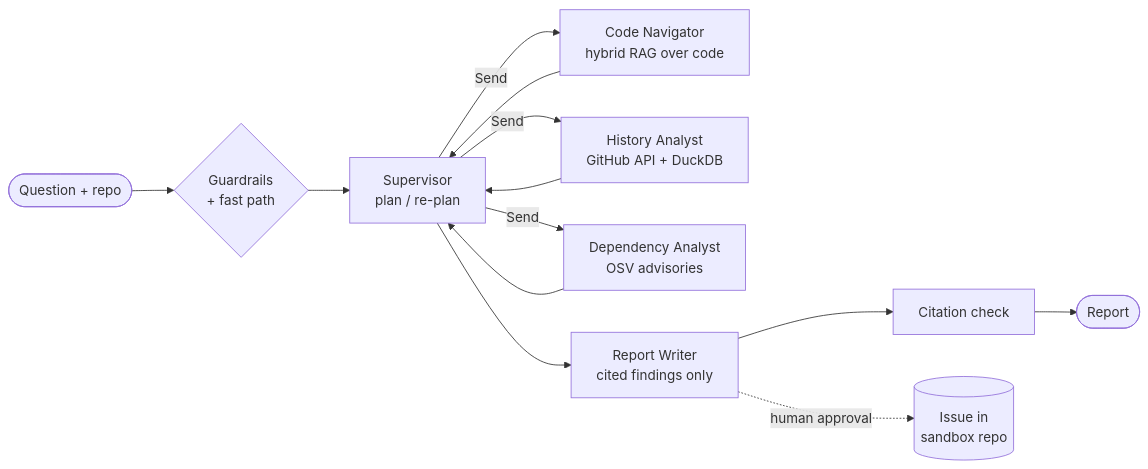
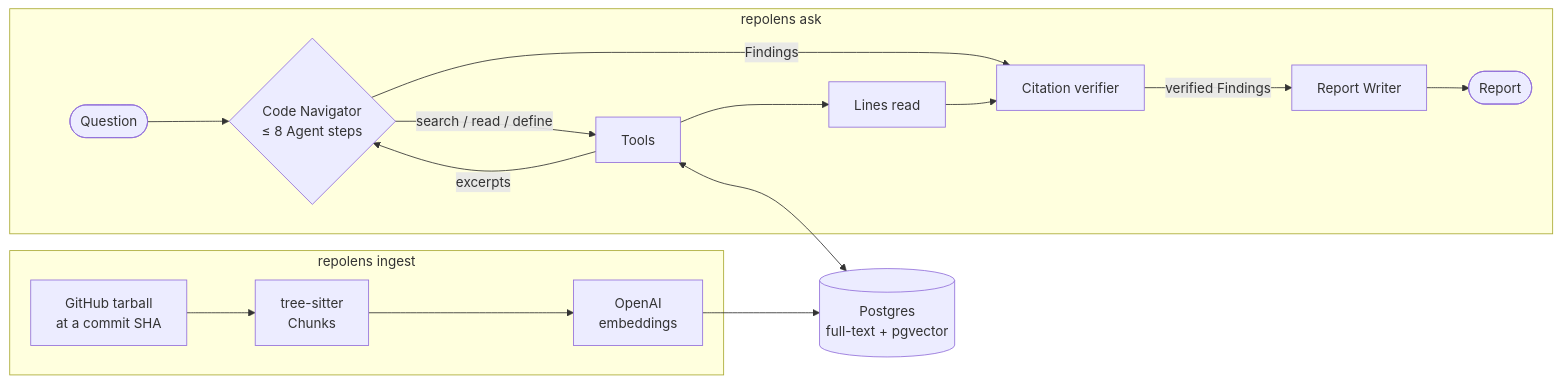
Before and after one commit to AnshChhikara001/repolens: the diagram in README.md, drawn with Mermaid. The commit also changed other lines of this file and 13 other files, not shown here.

````diff
--- a/README.md
+++ b/README.md
@@ -11,14 +27,17 @@
 ```mermaid
 flowchart LR
-    Q([Question + repo]) --> G{Guardrails<br/>+ fast path}
-    G --> S[Supervisor<br/>plan / re-plan]
-    S -- Send --> CN[Code Navigator<br/>hybrid RAG over code]
-    S -- Send --> HA[History Analyst<br/>GitHub API + DuckDB]
-    S -- Send --> DA[Dependency Analyst<br/>OSV advisories]
-    CN --> S
-    HA --> S
-    DA --> S
-    S --> RW[Report Writer<br/>cited findings only]
-    RW --> V[Citation check] --> R([Report])
-    RW -. human approval .-> I[(Issue in<br/>sandbox repo)]
+    subgraph ingest [repolens ingest]
+        GH[GitHub tarball<br/>at a commit SHA] --> CH[tree-sitter<br/>Chunks] --> EM[OpenAI<br/>embeddings]
+    end
+    EM --> PG[(Postgres<br/>full-text + pgvector)]
+    subgraph ask [repolens ask]
+        Q([Question]) --> CN{Code Navigator<br/>≤ 8 Agent steps}
+        CN -- search / read / define --> T[Tools]
+        T -- excerpts --> CN
+        T --> LR[Lines read]
+        CN -- Findings --> V[Citation verifier]
+        LR --> V
+        V -- verified Findings --> RW[Report Writer] --> R([Report])
+    end
+    T <--> PG
 ```
````
